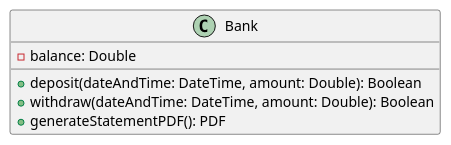
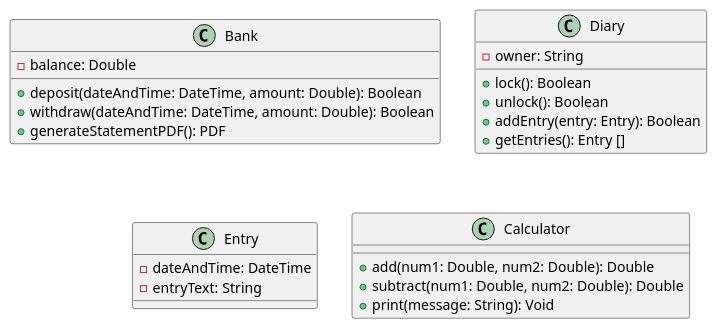
One commit to boolean-uk/java-tdd-oop-encapsulation changed the diagram in classDiagram1.puml. Above: the diagram before and after it, drawn with PlantUML.

Commit message:
Added other classes in the PlantUML. Created variation from classDiagram1.png with double as parameters and return types in calculator.

```diff
--- a/classDiagram1.puml
+++ b/classDiagram1.puml
@@ -1,11 +1,27 @@
 @startuml
-Class Bank
-{
+Class Bank{
 - balance: Double
 + deposit(dateAndTime: DateTime, amount: Double): Boolean
 + withdraw(dateAndTime: DateTime, amount: Double): Boolean
 + generateStatementPDF(): PDF
 }
 
+Class Diary {
+- owner: String
++ lock(): Boolean
++ unlock(): Boolean
++ addEntry(entry: Entry): Boolean
++ getEntries(): Entry []
+}
 
+Class Entry {
+- dateAndTime: DateTime
+- entryText: String
+}
+
+Class Calculator {
++ add(num1: Double, num2: Double): Double
++ subtract(num1: Double, num2: Double): Double
++ print(message: String): Void
+}
 @enduml
```
